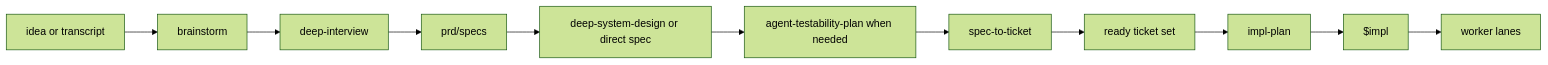
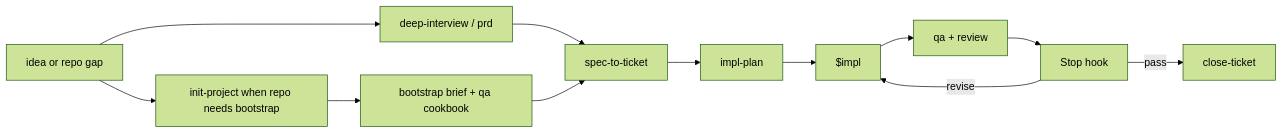
Before and after one commit to ZanarkandTechnologies/Farplane: the diagram in README.md, drawn with Mermaid (forest theme). The commit also changed other lines of this file and 43 other files, not shown here.

Commit message:
feat(qa): tighten bootstrap-to-ticket testability flow

````diff
--- a/README.md
+++ b/README.md
@@ -245,13 +78,14 @@
 ```mermaid
 flowchart LR
-    A[idea or transcript] --> B[brainstorm]
-    B --> C[deep-interview]
-    C --> D[prd/specs]
-    D --> E[deep-system-design or direct spec]
-    E --> F[agent-testability-plan when needed]
-    F --> G[spec-to-ticket]
-    G --> H[ready ticket set]
-    H --> I[impl-plan]
-    I --> J[$impl]
-    J --> K[worker lanes]
+    A[idea or repo gap] --> B[init-project when repo needs bootstrap]
+    A --> C[deep-interview / prd]
+    B --> D[bootstrap brief + qa cookbook]
+    C --> E[spec-to-ticket]
+    D --> E
+    E --> F[impl-plan]
+    F --> G[$impl]
+    G --> H[qa + review]
+    H --> I[Stop hook]
+    I -->|revise| G
+    I -->|pass| J[close-ticket]
 ```
````
